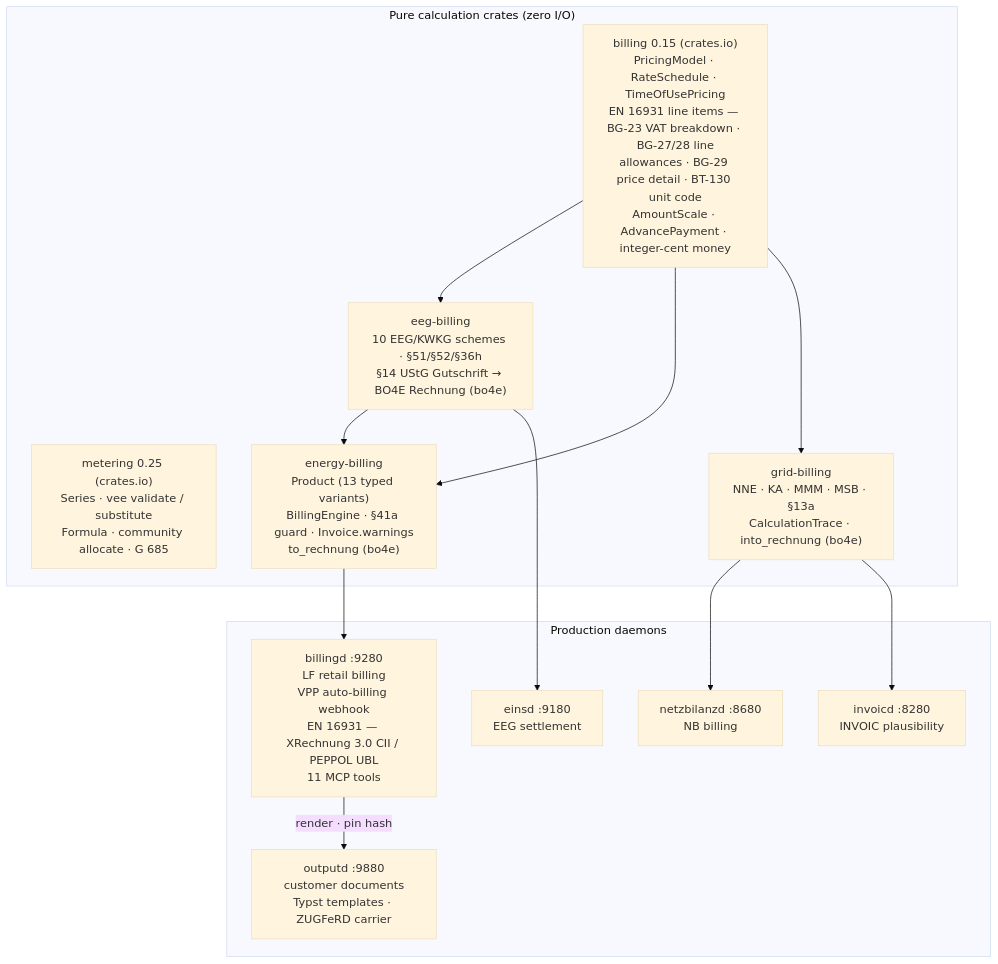
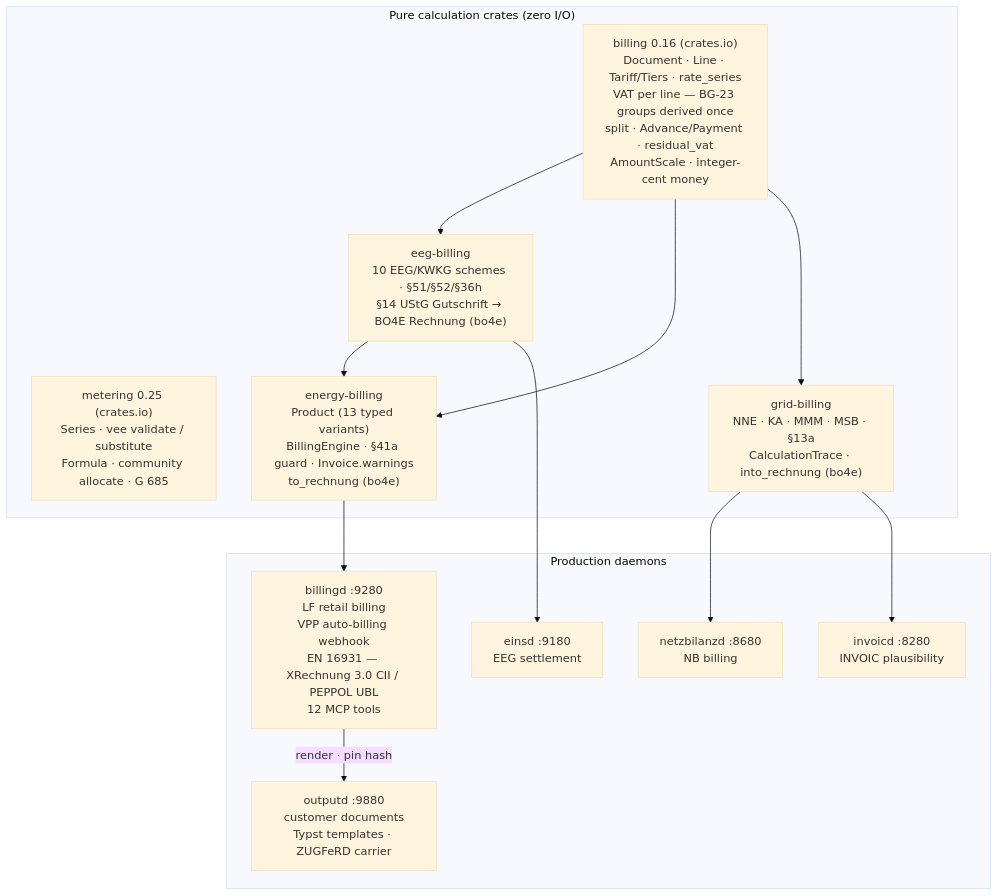
Before and after one commit to hupe1980/mako: the third of 5 diagrams in site/content/docs/architecture/_index.md, drawn with Mermaid (base theme). The commit also changed other lines of this file and 551 other files, not shown here.

````diff
--- a/site/content/docs/architecture/_index.md
+++ b/site/content/docs/architecture/_index.md
@@ -176,28 +171,28 @@
 ```mermaid
 graph TD
     subgraph pure ["Pure calculation crates (zero I/O)"]
-        billing["billing 0.15 (crates.io)<br/>PricingModel · RateSchedule · TimeOfUsePricing<br/>EN 16931 line items — BG-23 VAT breakdown · BG-27/28 line<br/>allowances · BG-29 price detail · BT-130 unit code<br/>AmountScale · AdvancePayment · integer-cent money"]
+        billing["billing 0.16 (crates.io)<br/>Document · Line · Tariff/Tiers · rate_series<br/>VAT per line — BG-23 groups derived once<br/>split · Advance/Payment · residual_vat<br/>AmountScale · integer-cent money"]
         metering["metering 0.25 (crates.io)<br/>Series · vee validate / substitute<br/>Formula · community allocate · G 685"]
         eeg["eeg-billing<br/>10 EEG/KWKG schemes · §51/§52/§36h<br/>§14 UStG Gutschrift → BO4E Rechnung (bo4e)"]
         grid["grid-billing<br/>NNE · KA · MMM · MSB · §13a<br/>CalculationTrace · into_rechnung (bo4e)"]
         energy["energy-billing<br/>Product (13 typed variants)<br/>BillingEngine · §41a guard · Invoice.warnings<br/>to_rechnung (bo4e)"]
     end
 
     subgraph daemons ["Production daemons"]
         netzbilanzd["netzbilanzd :8680<br/>NB billing"]
         einsd["einsd :9180<br/>EEG settlement"]
-        billingd["billingd :9280<br/>LF retail billing<br/>VPP auto-billing webhook<br/>EN 16931 — XRechnung 3.0 CII / PEPPOL UBL<br/>11 MCP tools"]
+        billingd["billingd :9280<br/>LF retail billing<br/>VPP auto-billing webhook<br/>EN 16931 — XRechnung 3.0 CII / PEPPOL UBL<br/>12 MCP tools"]
         outputd["outputd :9880<br/>customer documents<br/>Typst templates · ZUGFeRD carrier"]
         invoicd["invoicd :8280<br/>INVOIC plausibility"]
     end
 
     billing --> eeg
     billing --> energy
     billing --> grid
     eeg --> energy
     eeg --> einsd
     grid --> netzbilanzd
     grid --> invoicd
     energy --> billingd
     billingd -->|render · pin hash| outputd
 ```
````
